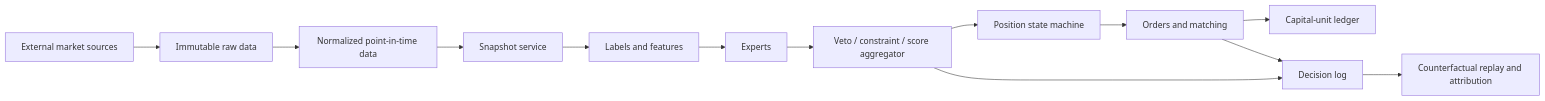
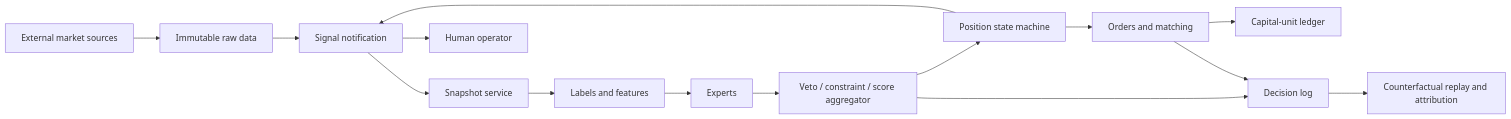
Before and after one commit to rv198-star/Quanthus: the first of 3 diagrams in docs/design/hld.md, drawn with Mermaid. The commit also changed other lines of this file and 126 other files, not shown here.

````diff
--- a/docs/design/hld.md
+++ b/docs/design/hld.md
@@ -20,15 +21,17 @@
 ```mermaid
 flowchart LR
     S["External market sources"] --> R["Immutable raw data"]
     R --> N["Normalized point-in-time data"]
     N --> P["Snapshot service"]
     P --> L["Labels and features"]
     L --> E["Experts"]
     E --> A["Veto / constraint / score aggregator"]
     A --> M["Position state machine"]
     M --> O["Orders and matching"]
     O --> G["Capital-unit ledger"]
+    M --> N["Signal notification"]
+    N --> H["Human operator"]
     A --> D["Decision log"]
     O --> D
     D --> C["Counterfactual replay and attribution"]
 ```
````
